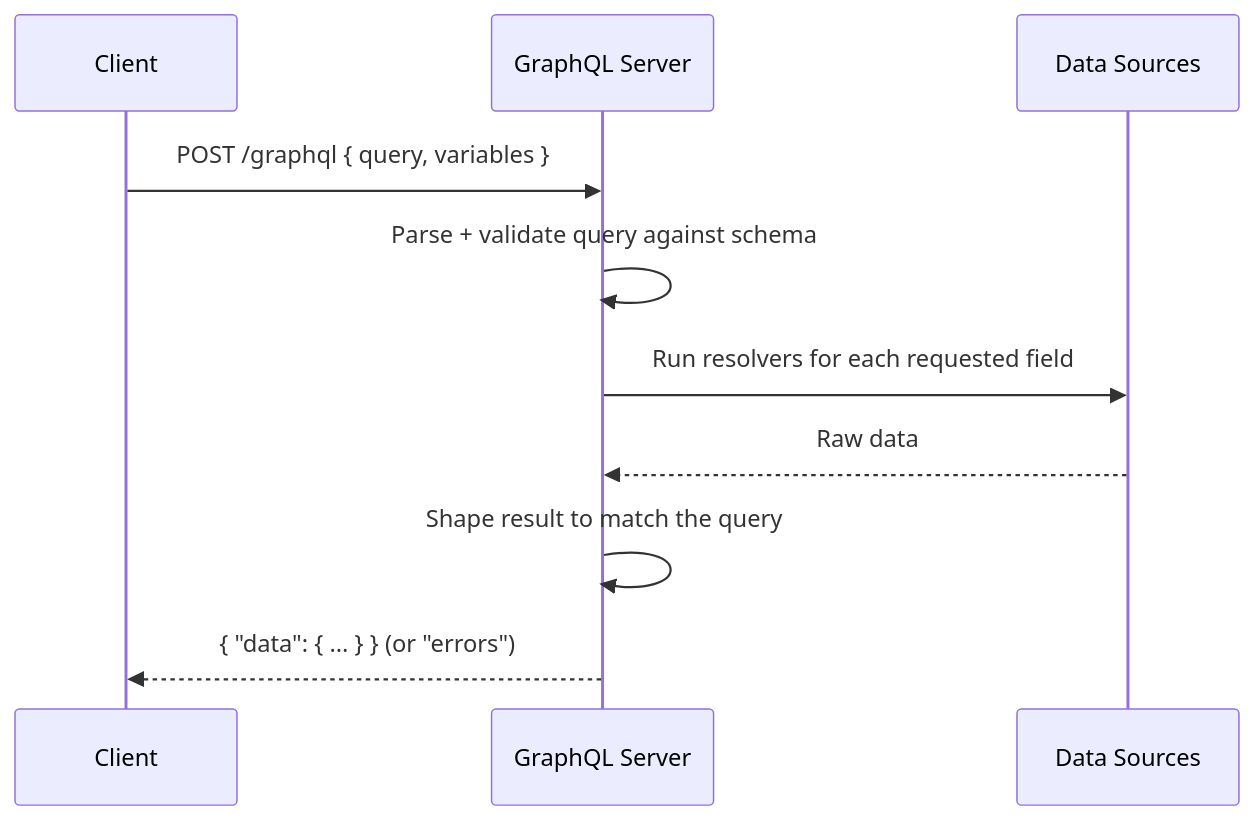
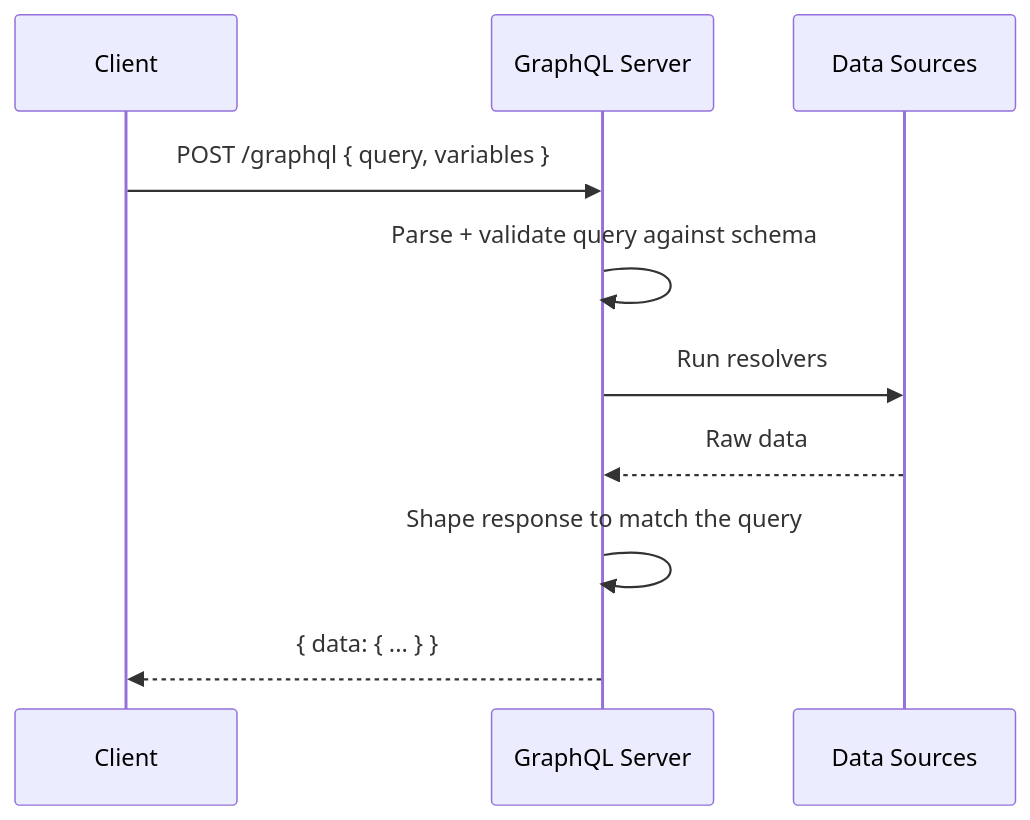
One commit to AritraC1/LeetInsight changed the first of 5 diagrams in README.md. Above: the diagram before and after it, drawn with Mermaid. The commit also changed other lines of this file, not shown here.

````diff
--- a/README.md
+++ b/README.md
@@ -132,13 +123,13 @@
 ```mermaid
 sequenceDiagram
     participant C as Client
     participant G as GraphQL Server
     participant D as Data Sources
 
     C->>G: POST /graphql { query, variables }
     G->>G: Parse + validate query against schema
-    G->>D: Run resolvers for each requested field
+    G->>D: Run resolvers
     D-->>G: Raw data
-    G->>G: Shape result to match the query
-    G-->>C: { "data": { ... } } (or "errors")
+    G->>G: Shape response to match the query
+    G-->>C: { data: { ... } }
 ```
````
